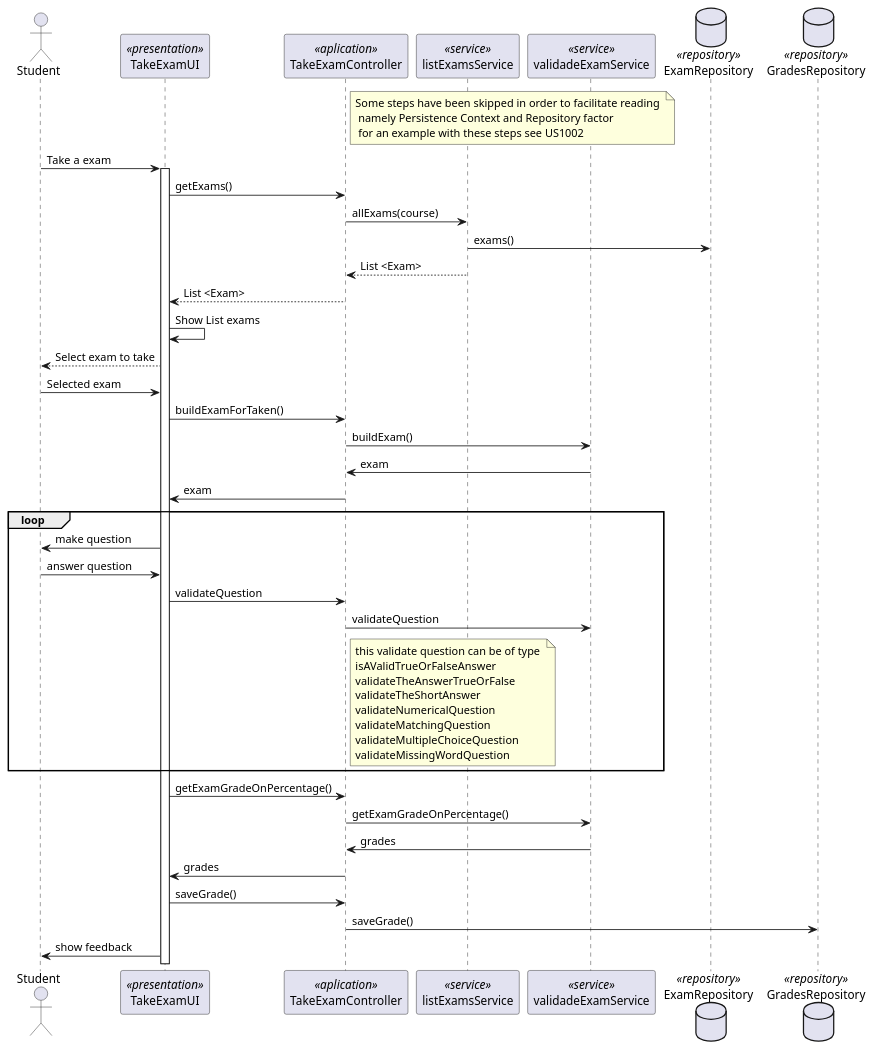
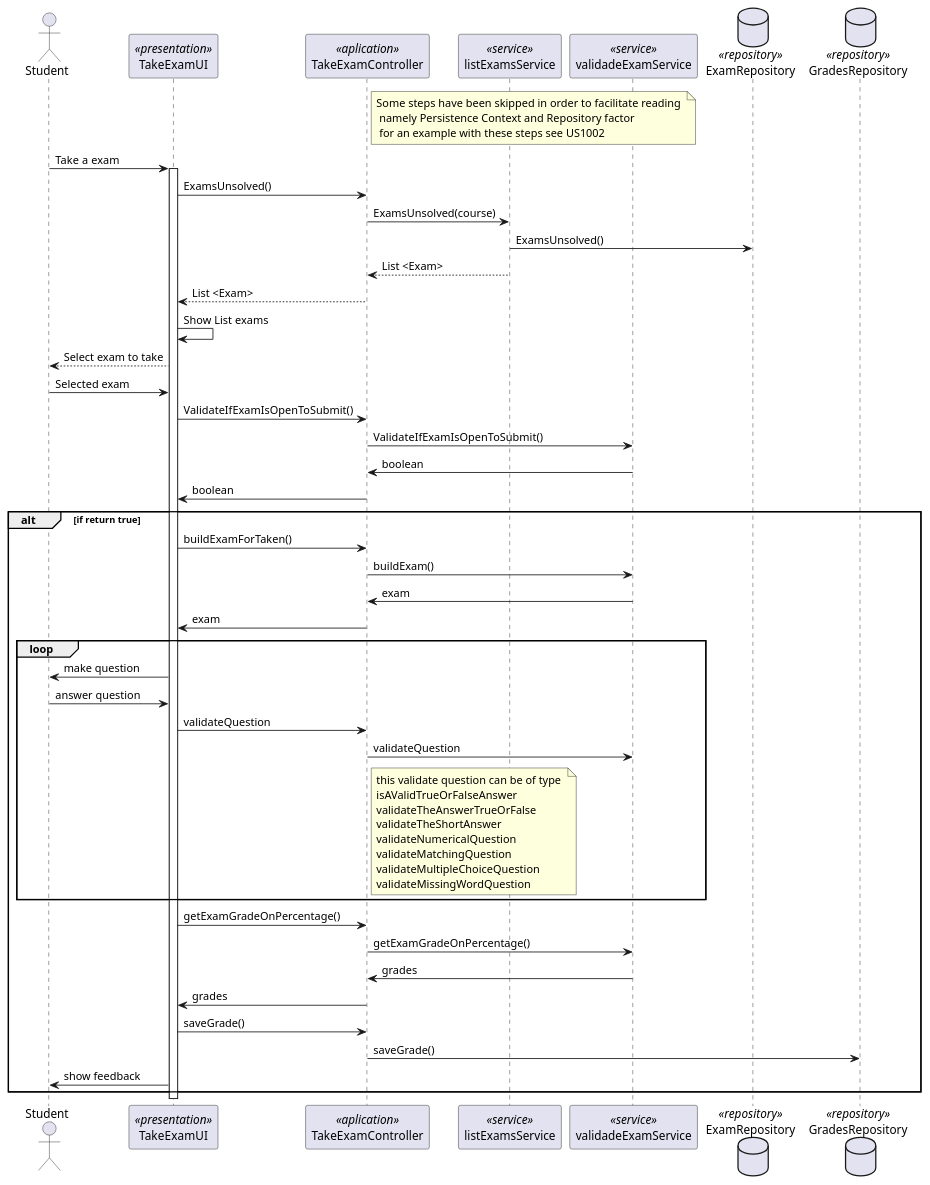
The diagram in docs/SPRINT C/US2004 - take a exam/sd-2004.puml (mascenso/isep-sem4-lapr4), drawn with PlantUML before and after one commit. The commit also changed 6 other files, not shown here.

Commit message:
[SPRINTC][US2004] Validation for open and close date. Now is not possible take a exam out of submission period

```diff
--- a/docs/SPRINT C/US2004 - take a exam/sd-2004.puml
+++ b/docs/SPRINT C/US2004 - take a exam/sd-2004.puml
@@ -1,40 +1,46 @@
 @startuml
 actor Student as Actor
 participant TakeExamUI as UI <<presentation>>
 participant TakeExamController as Controller <<aplication>>
 participant listExamsService as Service1 <<service>>
 participant validadeExamService as Service3 <<service>>
 database ExamRepository as Repository1 <<repository>>
 database GradesRepository as Repository3 <<repository>>
 
 note right of Controller:Some steps have been skipped in order to facilitate reading \n namely Persistence Context and Repository factor \n for an example with these steps see US1002
 Actor -> UI: Take a exam
 activate UI
-    UI -> Controller: getExams()
-    Controller -> Service1: allExams(course)
-    Service1 -> Repository1: exams()
+    UI -> Controller: ExamsUnsolved()
+    Controller -> Service1: ExamsUnsolved(course)
+    Service1 -> Repository1: ExamsUnsolved()
     Service1 --> Controller: List <Exam>
     Controller --> UI: List <Exam>
     UI -> UI : Show List exams
     UI --> Actor: Select exam to take
     Actor -> UI: Selected exam
+    UI -> Controller: ValidateIfExamIsOpenToSubmit()
+    Controller -> Service3: ValidateIfExamIsOpenToSubmit()
+    Service3 -> Controller: boolean
+    Controller -> UI: boolean
+    alt if return true
+
     UI -> Controller: buildExamForTaken()
     Controller -> Service3: buildExam()
     Service3 -> Controller: exam
     Controller -> UI: exam
     loop
     UI -> Actor: make question
     Actor -> UI: answer question
     UI -> Controller: validateQuestion
     Controller -> Service3: validateQuestion
     note right of Controller : this validate question can be of type \nisAValidTrueOrFalseAnswer\nvalidateTheAnswerTrueOrFalse\nvalidateTheShortAnswer\nvalidateNumericalQuestion\nvalidateMatchingQuestion\nvalidateMultipleChoiceQuestion\nvalidateMissingWordQuestion
     end
     UI -> Controller: getExamGradeOnPercentage()
     Controller -> Service3:getExamGradeOnPercentage()
     Service3 -> Controller: grades
     Controller -> UI: grades
     UI -> Controller: saveGrade()
     Controller -> Repository3: saveGrade()
     UI -> Actor: show feedback
-
+    end
 @enduml
```
